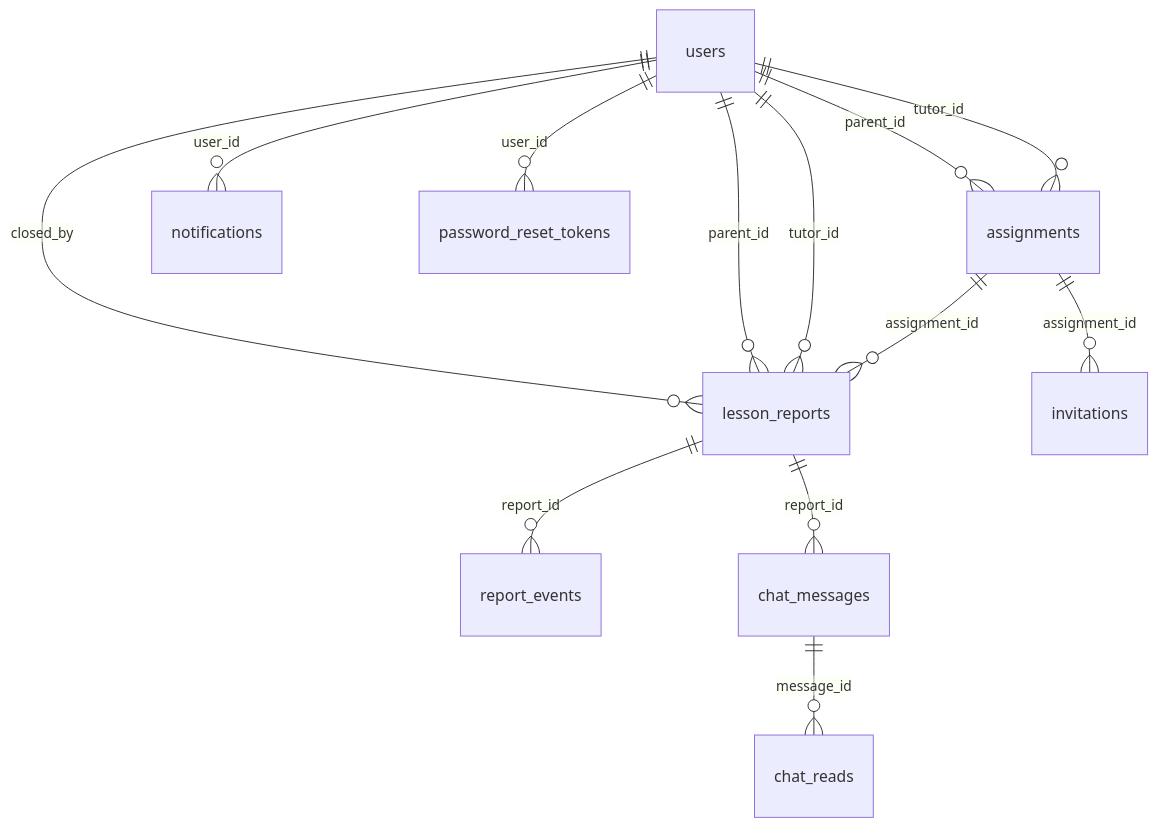
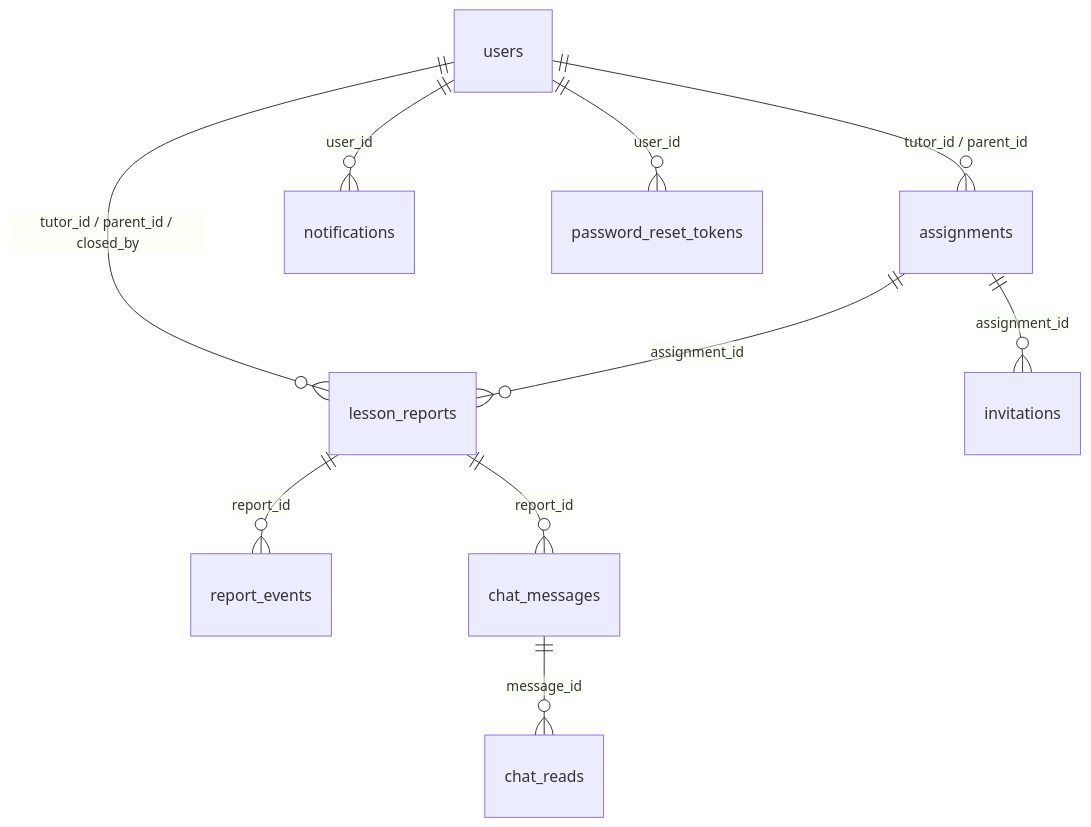
Before and after one commit to ai-innovation-dept/tutor-report-system: the first of 2 diagrams in docs/DATA_MODEL.md, drawn with Mermaid. The commit also changed other lines of this file, not shown here.

````diff
--- a/docs/DATA_MODEL.md
+++ b/docs/DATA_MODEL.md
@@ -5,15 +94,12 @@
 ```mermaid
 erDiagram
-  users ||--o{ assignments : "tutor_id"
-  users ||--o{ assignments : "parent_id"
+  users ||--o{ assignments : "tutor_id / parent_id"
   assignments ||--o{ lesson_reports : "assignment_id"
-  users ||--o{ lesson_reports : "tutor_id"
-  users ||--o{ lesson_reports : "parent_id"
-  users ||--o{ lesson_reports : "closed_by"
+  users ||--o{ lesson_reports : "tutor_id / parent_id / closed_by"
   lesson_reports ||--o{ report_events : "report_id"
   lesson_reports ||--o{ chat_messages : "report_id"
   chat_messages ||--o{ chat_reads : "message_id"
   users ||--o{ notifications : "user_id"
   assignments ||--o{ invitations : "assignment_id"
   users ||--o{ password_reset_tokens : "user_id"
 ```
````
